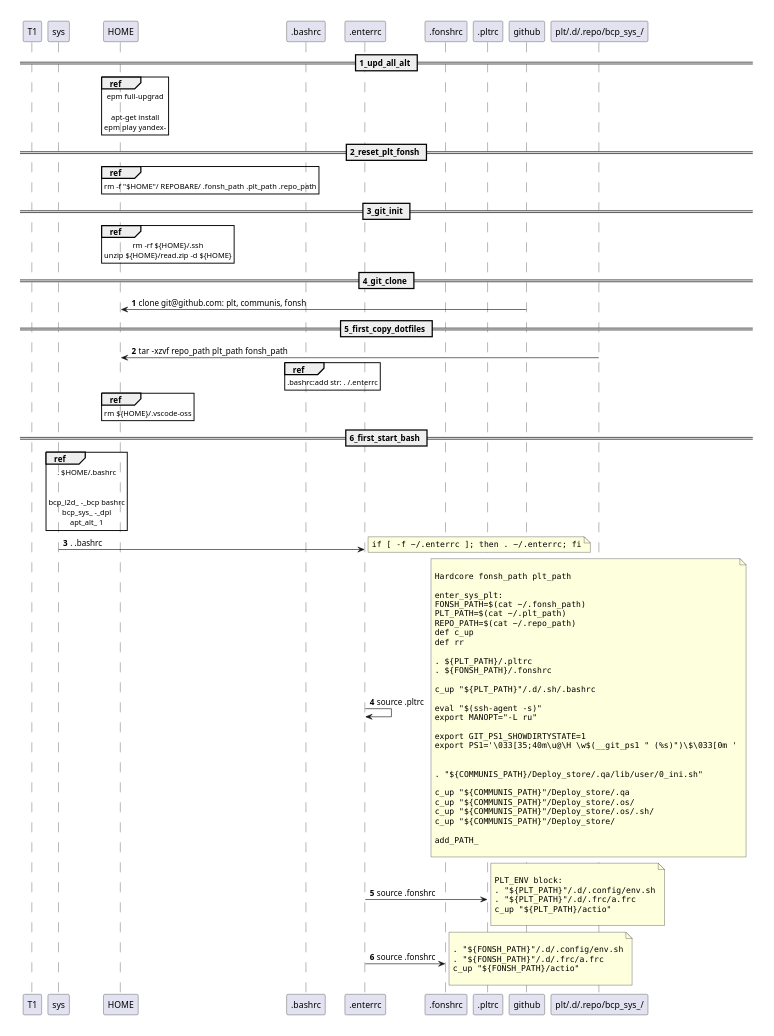
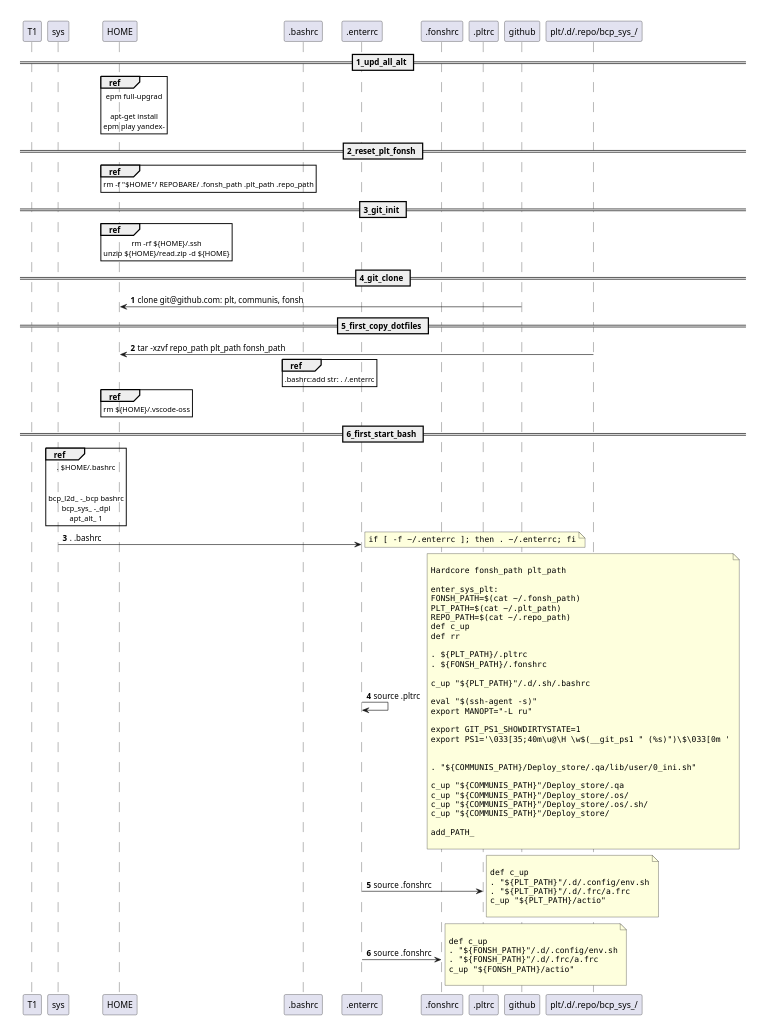
The diagram in .d/.read/_puml/plt_init.sh.puml (legioner9/plt), drawn with PlantUML before and after one commit. The commit also changed 6 other files, not shown here.

```diff
--- a/.d/.read/_puml/plt_init.sh.puml
+++ b/.d/.read/_puml/plt_init.sh.puml
@@ -1,123 +1,124 @@
 @startuml
 
 scale 1000*500
 autonumber 
 
 participant T1
 participant sys
 participant HOME
 participant ".bashrc" as brc
 participant ".enterrc" as erc
 participant ".fonshrc" as frc
 participant ".pltrc" as prc
 participant github as gh
 participant "plt/.d/.repo/bcp_sys_/" as bcp_fs
 
 == 1_upd_all_alt ==
 ref over HOME
 epm full-upgrad
 
 apt-get install
 epm play yandex-
 end ref
 
 == 2_reset_plt_fonsh ==
 ref over HOME : rm -f "$HOME"/ REPOBARE/ .fonsh_path .plt_path .repo_path
 
 == 3_git_init ==
 ref over HOME
 rm -rf ${HOME}/.ssh
 unzip ${HOME}/read.zip -d ${HOME}
 end ref
 
 == 4_git_clone ==
 gh -> HOME: clone git@github.com: plt, communis, fonsh
 
 == 5_first_copy_dotfiles ==
 bcp_fs -> HOME:tar -xzvf repo_path plt_path fonsh_path
 ref over brc : .bashrc:add str: . ~/.enterrc 
 ref over HOME : rm ${HOME}/.vscode-oss
 
 == 6_first_start_bash ==
 ref over sys
 . $HOME/.bashrc
 
 
 bcp_l2d_ -_bcp bashrc
 bcp_sys_ -_dpl
 apt_alt_ 1
 end ref
 
 sys -> erc : . .bashrc
 
 note right
 <code>
 if [ -f ~/.enterrc ]; then . ~/.enterrc; fi
 </code>
 end note
 
 erc -> erc : source .pltrc
 
 note right
 <code>
 
 Hardcore fonsh_path plt_path
 
 enter_sys_plt:
 FONSH_PATH=$(cat ~/.fonsh_path)
 PLT_PATH=$(cat ~/.plt_path)
 REPO_PATH=$(cat ~/.repo_path)
 def c_up
 def rr
 
 . ${PLT_PATH}/.pltrc
 . ${FONSH_PATH}/.fonshrc
 
 c_up "${PLT_PATH}"/.d/.sh/.bashrc
 
 eval "$(ssh-agent -s)"
 export MANOPT="-L ru"
 
 export GIT_PS1_SHOWDIRTYSTATE=1
 export PS1='\033[35;40m\u@\H \w$(__git_ps1 " (%s)")\$\033[0m '
 
 
 . "${COMMUNIS_PATH}/Deploy_store/.qa/lib/user/0_ini.sh"
 
 c_up "${COMMUNIS_PATH}"/Deploy_store/.qa
 c_up "${COMMUNIS_PATH}"/Deploy_store/.os/
 c_up "${COMMUNIS_PATH}"/Deploy_store/.os/.sh/
 c_up "${COMMUNIS_PATH}"/Deploy_store/
 
 add_PATH_
 
 </code>
 end note
 
 erc -> prc : source .fonshrc
 
 note right
 <code>
 
-PLT_ENV block:
+def c_up
 . "${PLT_PATH}"/.d/.config/env.sh
 . "${PLT_PATH}"/.d/.frc/a.frc
 c_up "${PLT_PATH}/actio"
 
 </code>
 end note
 
 erc -> frc : source .fonshrc
 
 note right
 <code>
 
+def c_up
 . "${FONSH_PATH}"/.d/.config/env.sh
 . "${FONSH_PATH}"/.d/.frc/a.frc
 c_up "${FONSH_PATH}/actio"
 
 </code>
 end note
 
 
 @enduml
```
